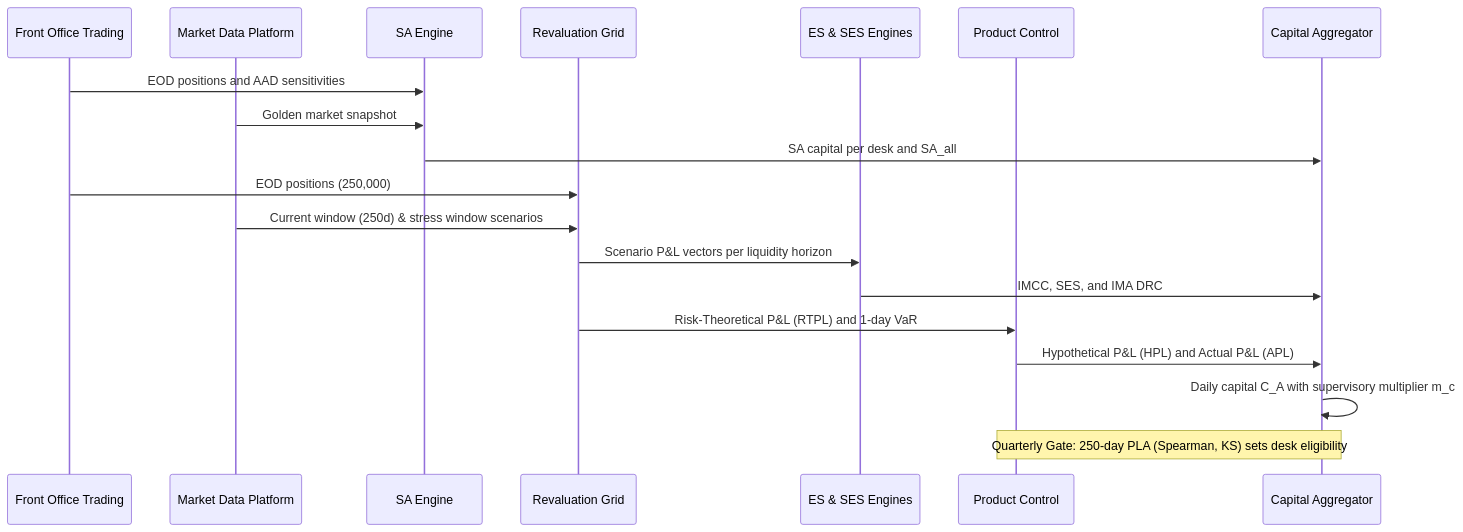
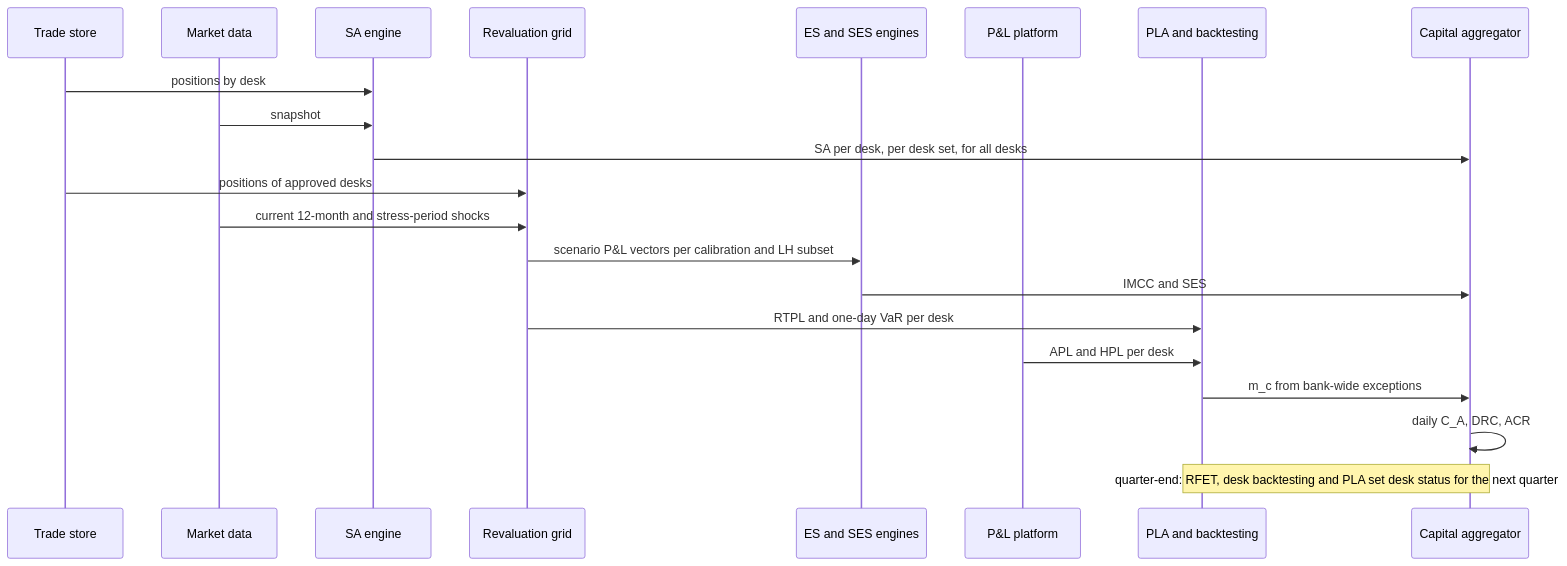
Before and after one commit to shreejitverma/The-Quant-Prep: the second of 3 diagrams in 18-Pricing-and-Risk-Systems/10-FRTB-Engine.md, drawn with Mermaid. The commit also changed other lines of this file and 13 other files, not shown here.

````diff
--- a/18-Pricing-and-Risk-Systems/10-FRTB-Engine.md
+++ b/18-Pricing-and-Risk-Systems/10-FRTB-Engine.md
@@ -90,22 +100,23 @@
 ```mermaid
 sequenceDiagram
-    participant FO as Front Office Trading
-    participant MD as Market Data Platform
-    participant SA as SA Engine
-    participant Grid as Revaluation Grid
-    participant IMA as ES & SES Engines
-    participant PC as Product Control
-    participant Agg as Capital Aggregator
-
-    FO->>SA: EOD positions and AAD sensitivities
-    MD->>SA: Golden market snapshot
-    SA->>Agg: SA capital per desk and SA_all
-    FO->>Grid: EOD positions (250,000)
-    MD->>Grid: Current window (250d) & stress window scenarios
-    Grid->>IMA: Scenario P&L vectors per liquidity horizon
-    IMA->>Agg: IMCC, SES, and IMA DRC
-    Grid->>PC: Risk-Theoretical P&L (RTPL) and 1-day VaR
-    PC->>Agg: Hypothetical P&L (HPL) and Actual P&L (APL)
-    Agg->>Agg: Daily capital C_A with supervisory multiplier m_c
-    Note over PC,Agg: Quarterly Gate: 250-day PLA (Spearman, KS) sets desk eligibility
+    participant FO as Trade store
+    participant MD as Market data
+    participant SA as SA engine
+    participant Grid as Revaluation grid
+    participant IMA as ES and SES engines
+    participant PnL as P&L platform
+    participant Gate as PLA and backtesting
+    participant Agg as Capital aggregator
+    FO->>SA: positions by desk
+    MD->>SA: snapshot
+    SA->>Agg: SA per desk, per desk set, for all desks
+    FO->>Grid: positions of approved desks
+    MD->>Grid: current 12-month and stress-period shocks
+    Grid->>IMA: scenario P&L vectors per calibration and LH subset
+    IMA->>Agg: IMCC and SES
+    Grid->>Gate: RTPL and one-day VaR per desk
+    PnL->>Gate: APL and HPL per desk
+    Gate->>Agg: m_c from bank-wide exceptions
+    Agg->>Agg: daily C_A, DRC, ACR
+    Note over Gate,Agg: quarter-end: RFET, desk backtesting and PLA set desk status for the next quarter
 ```
````
